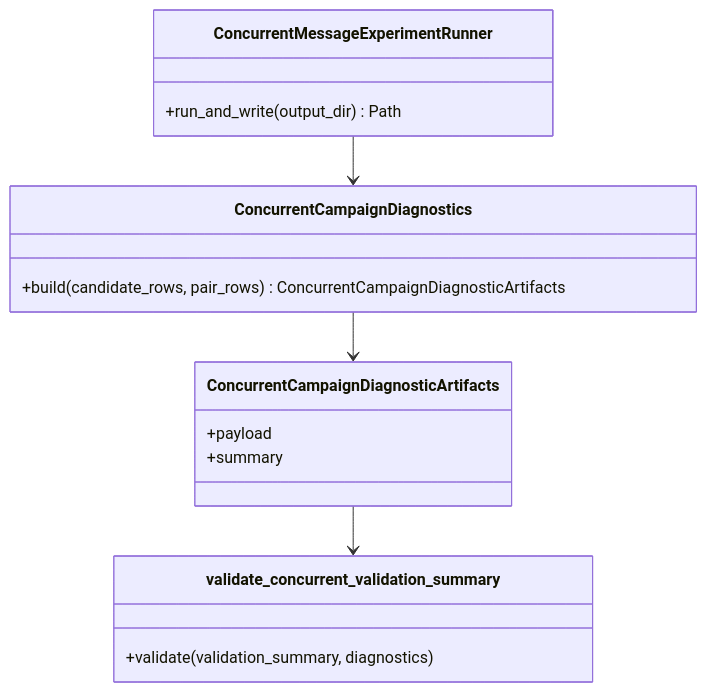
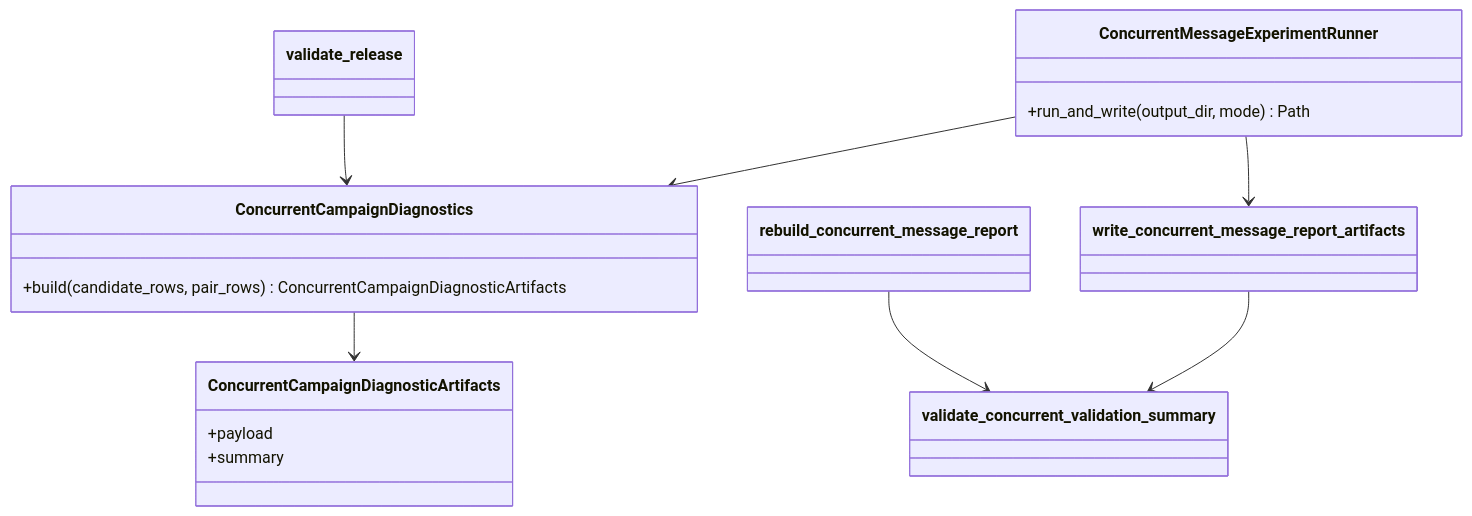
One commit to liu-qingyuan/llm-abm-marketing-sim changed the fourth of 4 diagrams in docs/architecture/concurrent-message-campaign-diagnostics.md. Above: the diagram before and after it, drawn with Mermaid. The commit also changed other lines of this file and 3 other files, not shown here.

````diff
--- a/docs/architecture/concurrent-message-campaign-diagnostics.md
+++ b/docs/architecture/concurrent-message-campaign-diagnostics.md
@@ -111,19 +75,23 @@
 ```mermaid
 classDiagram
     class ConcurrentMessageExperimentRunner {
-        +run_and_write(output_dir) Path
+        +run_and_write(output_dir, mode) Path
     }
     class ConcurrentCampaignDiagnostics {
         +build(candidate_rows, pair_rows) ConcurrentCampaignDiagnosticArtifacts
     }
     class ConcurrentCampaignDiagnosticArtifacts {
         +payload
         +summary
     }
-    class validate_concurrent_validation_summary {
-        +validate(validation_summary, diagnostics)
-    }
+    class write_concurrent_message_report_artifacts
+    class rebuild_concurrent_message_report
+    class validate_concurrent_validation_summary
+    class validate_release
     ConcurrentMessageExperimentRunner --> ConcurrentCampaignDiagnostics
+    ConcurrentMessageExperimentRunner --> write_concurrent_message_report_artifacts
     ConcurrentCampaignDiagnostics --> ConcurrentCampaignDiagnosticArtifacts
-    ConcurrentCampaignDiagnosticArtifacts --> validate_concurrent_validation_summary
+    write_concurrent_message_report_artifacts --> validate_concurrent_validation_summary
+    rebuild_concurrent_message_report --> validate_concurrent_validation_summary
+    validate_release --> ConcurrentCampaignDiagnostics
 ```
````
